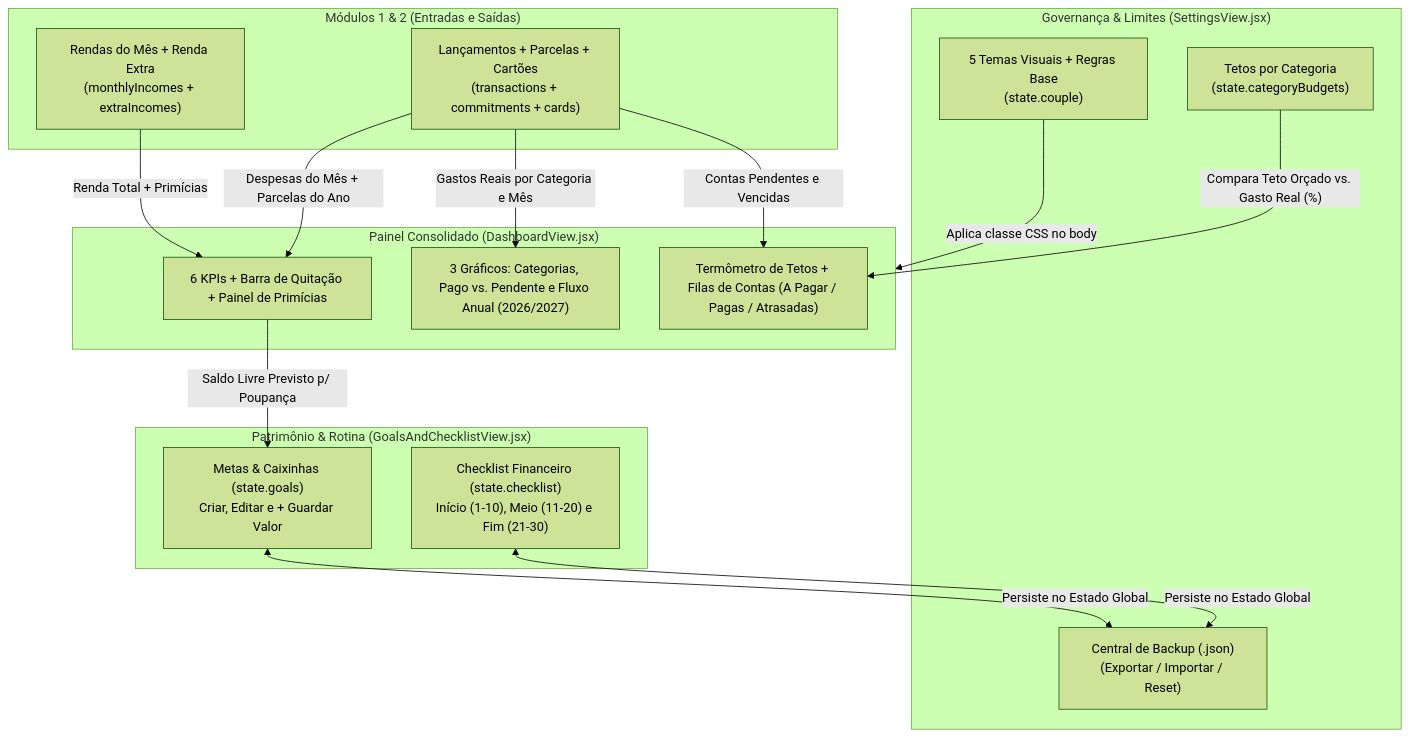
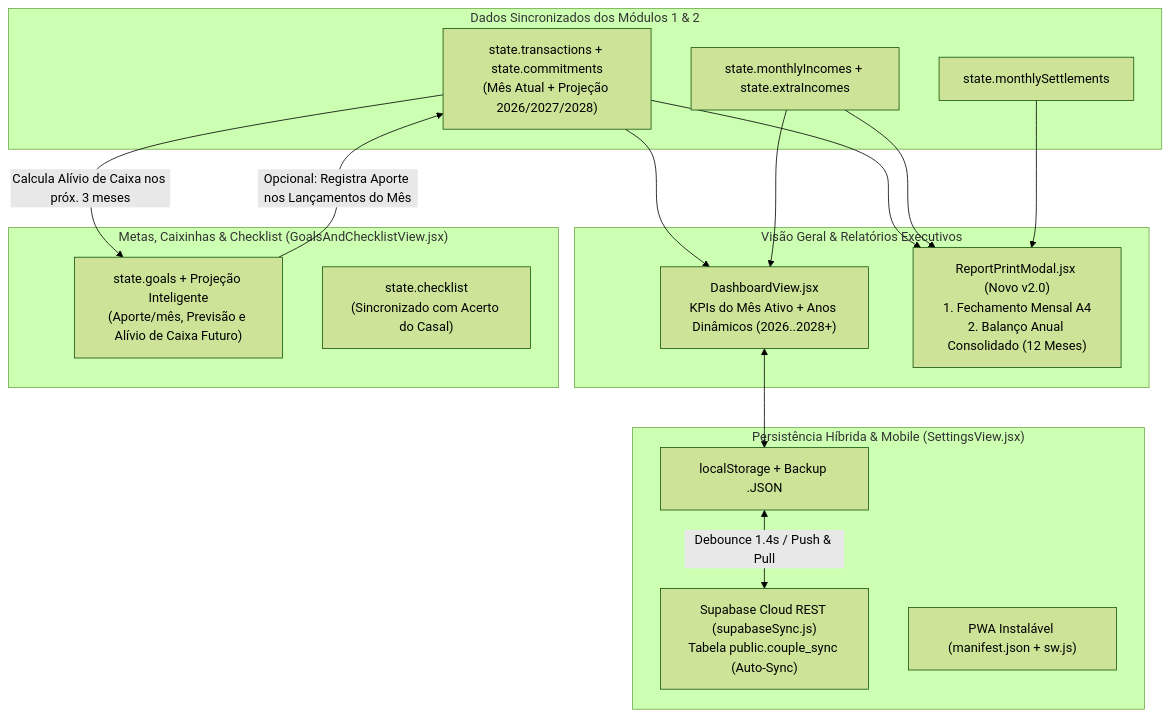
The third of 3 diagrams in FLUXOS_DO_SISTEMA.md (uranio8/finanpro-casal), drawn with Mermaid (forest theme) before and after one commit. The commit also changed other lines of this file, not shown here.

Commit message:
docs(architecture): update FLUXOS_DO_SISTEMA.md with complete v2.0 cross-module flows and diagrams

````diff
--- a/FLUXOS_DO_SISTEMA.md
+++ b/FLUXOS_DO_SISTEMA.md
@@ -305,34 +185,34 @@
 ```mermaid
 flowchart TD
-    subgraph Fontes["Módulos 1 & 2 (Entradas e Saídas)"]
-        R["Rendas do Mês + Renda Extra<br/>(monthlyIncomes + extraIncomes)"]
-        D["Lançamentos + Parcelas + Cartões<br/>(transactions + commitments + cards)"]
+    subgraph M1M2["Dados Sincronizados dos Módulos 1 & 2"]
+        TX["state.transactions + state.commitments<br/>(Mês Atual + Projeção 2026/2027/2028)"]
+        INC["state.monthlyIncomes + state.extraIncomes"]
+        SET["state.monthlySettlements"]
     end
 
-    subgraph Config["Governança & Limites (SettingsView.jsx)"]
-        B["Tetos por Categoria<br/>(state.categoryBudgets)"]
-        TH["5 Temas Visuais + Regras Base<br/>(state.couple)"]
-        BK["Central de Backup (.json)<br/>(Exportar / Importar / Reset)"]
+    subgraph DashEReport["Visão Geral & Relatórios Executivos"]
+        DV["DashboardView.jsx<br/>KPIs do Mês Ativo + Anos Dinâmicos (2026..2028+)"]
+        PDF["ReportPrintModal.jsx (Novo v2.0)<br/>1. Fechamento Mensal A4<br/>2. Balanço Anual Consolidado (12 Meses)"]
     end
 
-    subgraph Dash["Painel Consolidado (DashboardView.jsx)"]
-        KPI["6 KPIs + Barra de Quitação + Painel de Primícias"]
-        CH["3 Gráficos: Categorias, Pago vs. Pendente e Fluxo Anual (2026/2027)"]
-        AL["Termômetro de Tetos + Filas de Contas (A Pagar / Pagas / Atrasadas)"]
+    subgraph Patrimonio["Metas, Caixinhas & Checklist (GoalsAndChecklistView.jsx)"]
+        GL["state.goals + Projeção Inteligente<br/>(Aporte/mês, Previsão e Alívio de Caixa Futuro)"]
+        CK["state.checklist<br/>(Sincronizado com Acerto do Casal)"]
     end
 
-    subgraph Futuro["Patrimônio & Rotina (GoalsAndChecklistView.jsx)"]
-        G["Metas & Caixinhas (state.goals)<br/>Criar, Editar e + Guardar Valor"]
-        CK["Checklist Financeiro (state.checklist)<br/>Início (1-10), Meio (11-20) e Fim (21-30)"]
+    subgraph CloudPWA["Persistência Híbrida & Mobile (SettingsView.jsx)"]
+        LS["localStorage + Backup .JSON"]
+        SB["Supabase Cloud REST (supabaseSync.js)<br/>Tabela public.couple_sync (Auto-Sync)"]
+        PWA["PWA Instalável (manifest.json + sw.js)"]
     end
 
-    R -->|"Renda Total + Primícias"| KPI
-    D -->|"Despesas do Mês + Parcelas do Ano"| KPI
-    D -->|"Gastos Reais por Categoria e Mês"| CH
-    D -->|"Contas Pendentes e Vencidas"| AL
-    B -->|"Compara Teto Orçado vs. Gasto Real (%)"| AL
-    KPI -->|"Saldo Livre Previsto p/ Poupança"| G
-    G <-->|"Persiste no Estado Global"| BK
-    CK <-->|"Persiste no Estado Global"| BK
-    TH -->|"Aplica classe CSS no body"| Dash
+    TX --> DV
+    INC --> DV
+    TX --> PDF
+    INC --> PDF
+    SET --> PDF
+    TX -->|"Calcula Alívio de Caixa nos próx. 3 meses"| GL
+    GL -->|"Opcional: Registra Aporte nos Lançamentos do Mês"| TX
+    DV <--> LS
+    LS <-->|"Debounce 1.4s / Push & Pull"| SB
 ```
````
